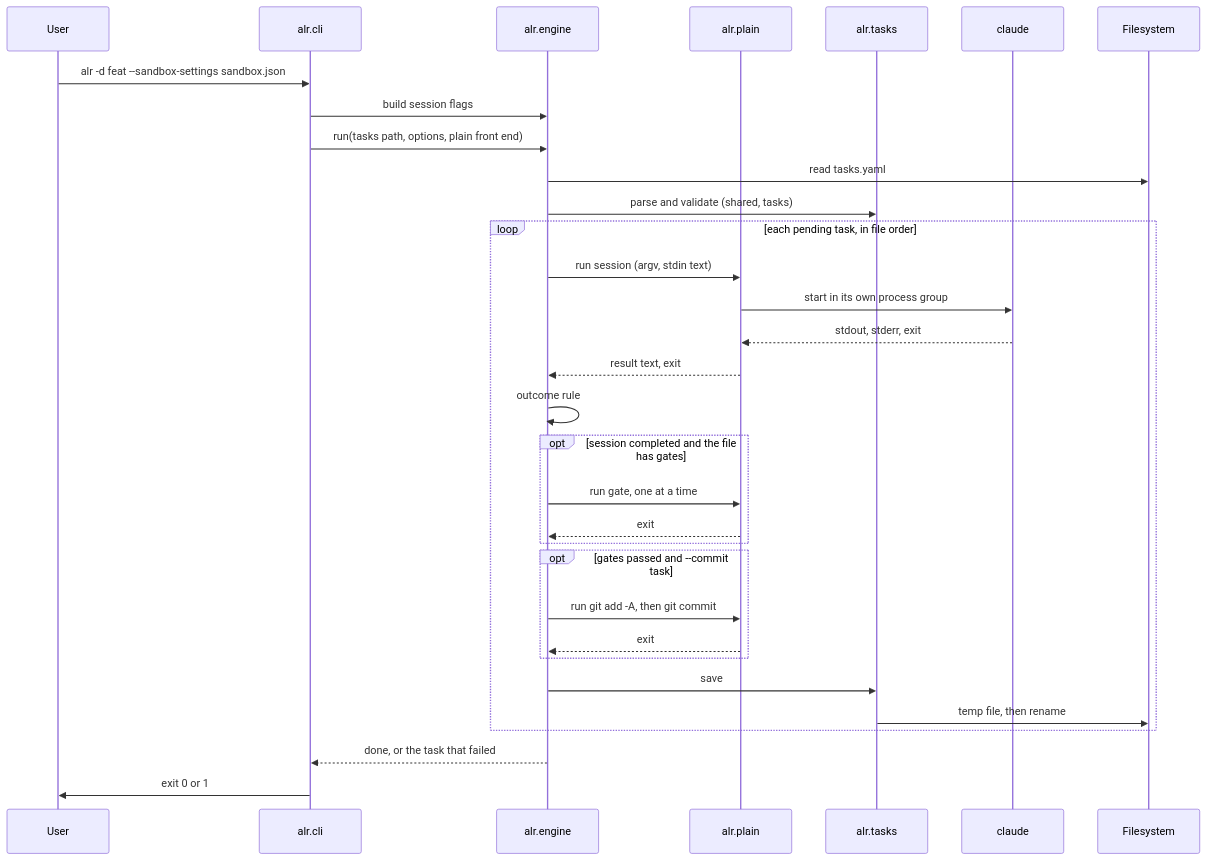
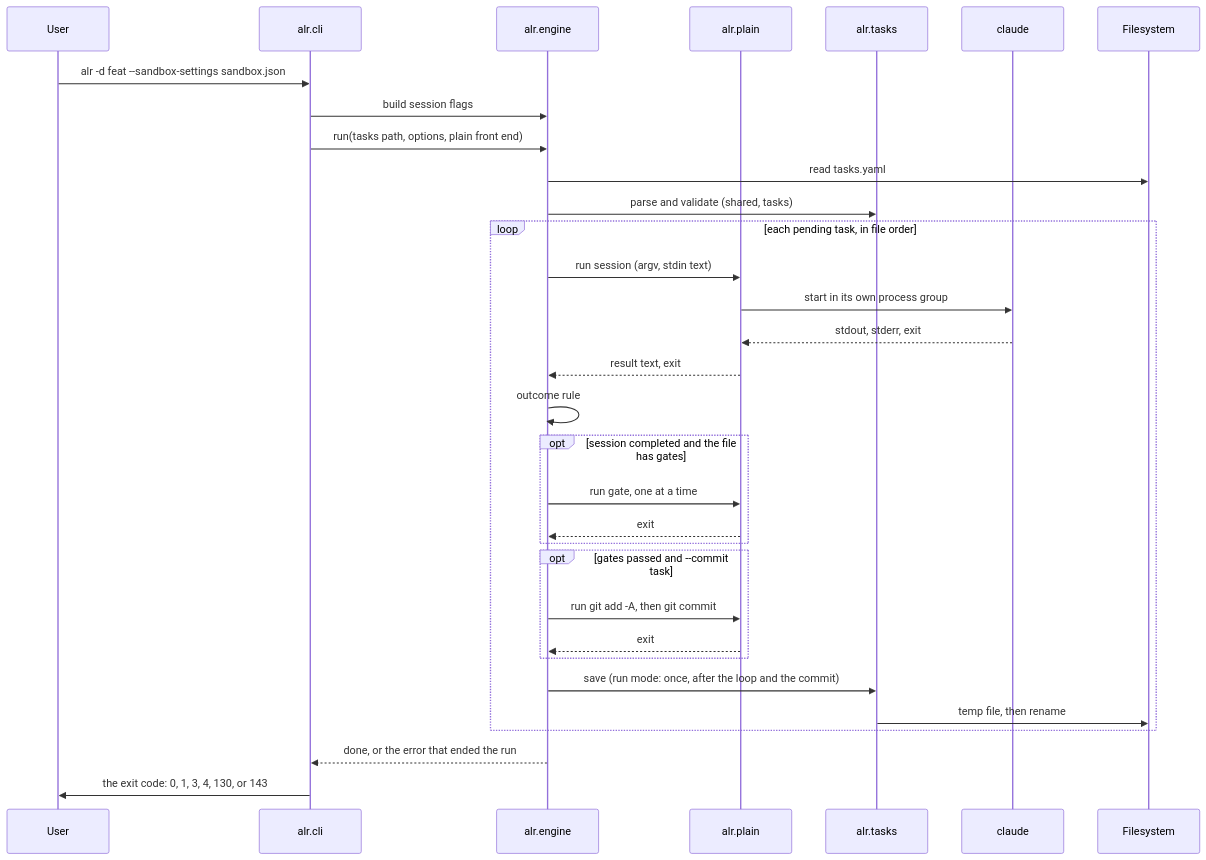
The third of 5 diagrams in docs/design/03_system_architecture.md (twistingmercury/agentic_loop_runner), drawn with Mermaid before and after one commit. The commit also changed other lines of this file and 63 other files, not shown here.

First line of the commit message:
Implement ADR-025: every outcome has an exit code and a reason, and committing runs are safe (#11)

````diff
--- a/docs/design/03_system_architecture.md
+++ b/docs/design/03_system_architecture.md
@@ -383,35 +459,35 @@
 ```mermaid
 %%{init: {"themeVariables": {"actorTextColor": "#000000"}}}%%
 sequenceDiagram
     participant User
     participant CLI as alr.cli
     participant Engine as alr.engine
     participant Plain as alr.plain
     participant Tasks as alr.tasks
     participant Claude as claude
     participant FS as Filesystem
     User ->> CLI: alr -d feat --sandbox-settings sandbox.json
     CLI ->> Engine: build session flags
     CLI ->> Engine: run(tasks path, options, plain front end)
     Engine ->> FS: read tasks.yaml
     Engine ->> Tasks: parse and validate (shared, tasks)
     loop each pending task, in file order
         Engine ->> Plain: run session (argv, stdin text)
         Plain ->> Claude: start in its own process group
         Claude -->> Plain: stdout, stderr, exit
         Plain -->> Engine: result text, exit
         Engine ->> Engine: outcome rule
         opt session completed and the file has gates
             Engine ->> Plain: run gate, one at a time
             Plain -->> Engine: exit
         end
         opt gates passed and --commit task
             Engine ->> Plain: run git add -A, then git commit
             Plain -->> Engine: exit
         end
-        Engine ->> Tasks: save
+        Engine ->> Tasks: save (run mode: once, after the loop and the commit)
         Tasks ->> FS: temp file, then rename
     end
-    Engine -->> CLI: done, or the task that failed
-    CLI ->> User: exit 0 or 1
+    Engine -->> CLI: done, or the error that ended the run
+    CLI ->> User: the exit code: 0, 1, 3, 4, 130, or 143
 ```
````
